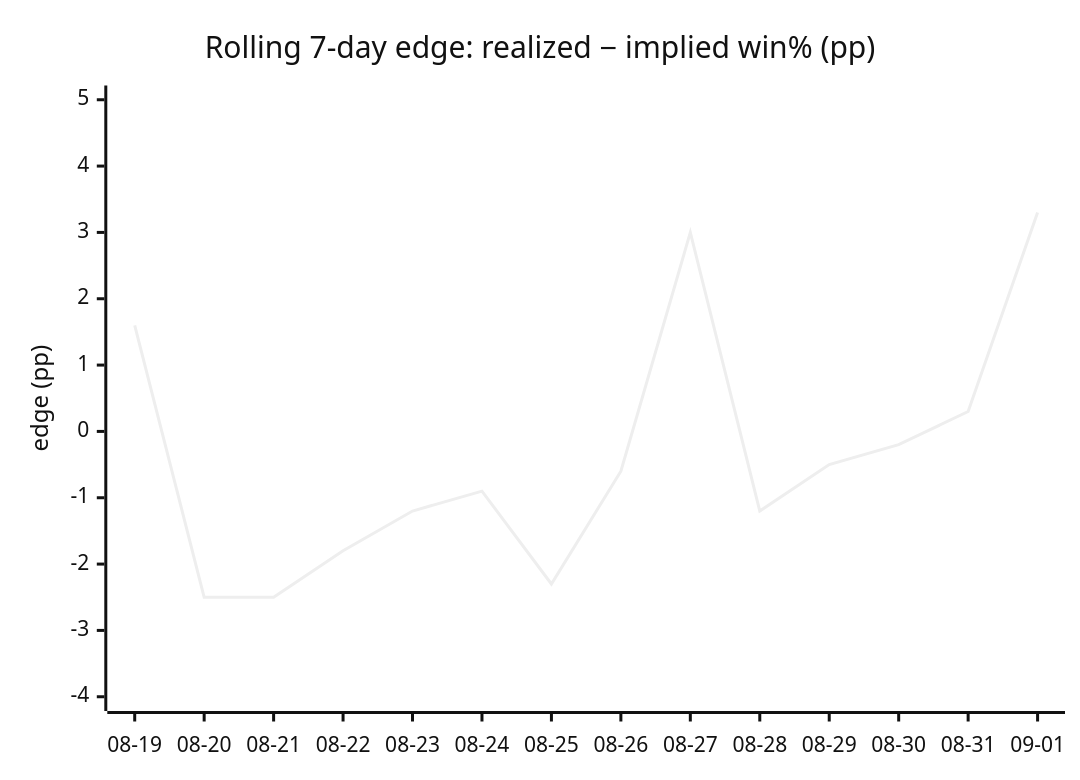
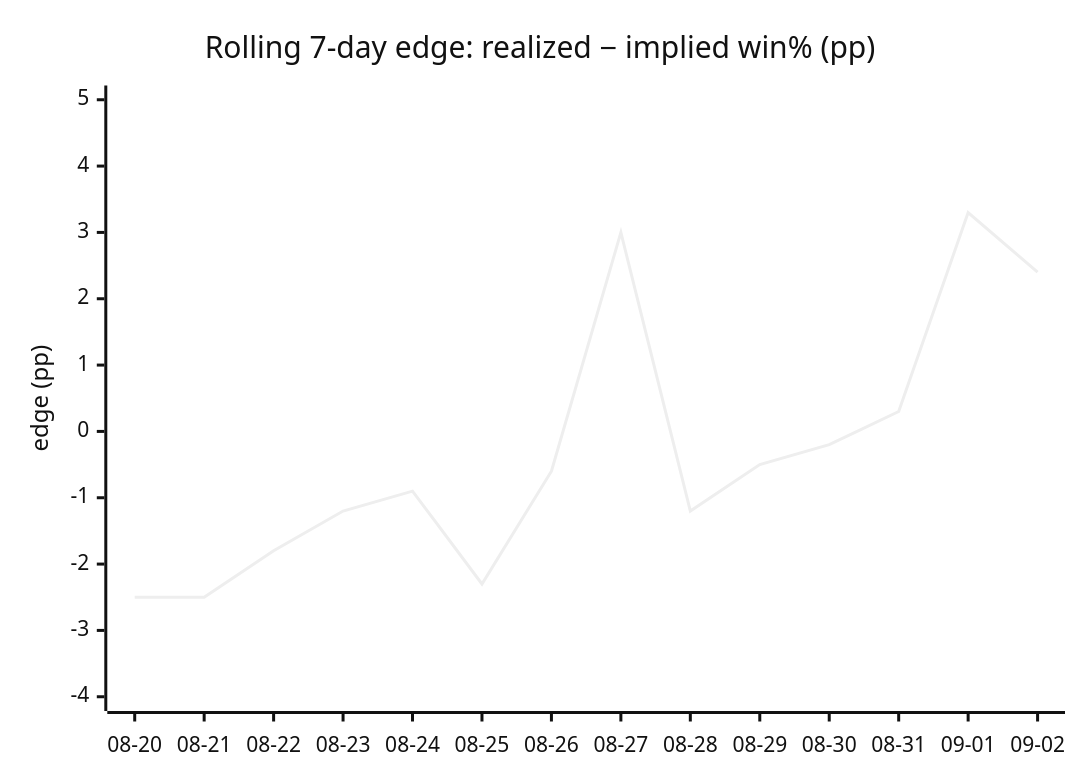
Before and after one commit to dpk1212/nhl-savant: the fourth of 4 diagrams in DAILY_AGSU_REPORT.md, drawn with Mermaid (neutral theme). The commit also changed other lines of this file, not shown here.

````diff
--- a/DAILY_AGSU_REPORT.md
+++ b/DAILY_AGSU_REPORT.md
@@ -869,7 +859,7 @@
 ```mermaid
 xychart-beta
     title "Rolling 7-day edge: realized − implied win% (pp)"
-    x-axis ["08-19", "08-20", "08-21", "08-22", "08-23", "08-24", "08-25", "08-26", "08-27", "08-28", "08-29", "08-30", "08-31", "09-01"]
+    x-axis ["08-20", "08-21", "08-22", "08-23", "08-24", "08-25", "08-26", "08-27", "08-28", "08-29", "08-30", "08-31", "09-01", "09-02"]
     y-axis "edge (pp)" -4 --> 5
-    line [1.6, -2.5, -2.5, -1.8, -1.2, -0.9, -2.3, -0.6, 3, -1.2, -0.5, -0.2, 0.3, 3.3]
+    line [-2.5, -2.5, -1.8, -1.2, -0.9, -2.3, -0.6, 3, -1.2, -0.5, -0.2, 0.3, 3.3, 2.4]
 ```
````
